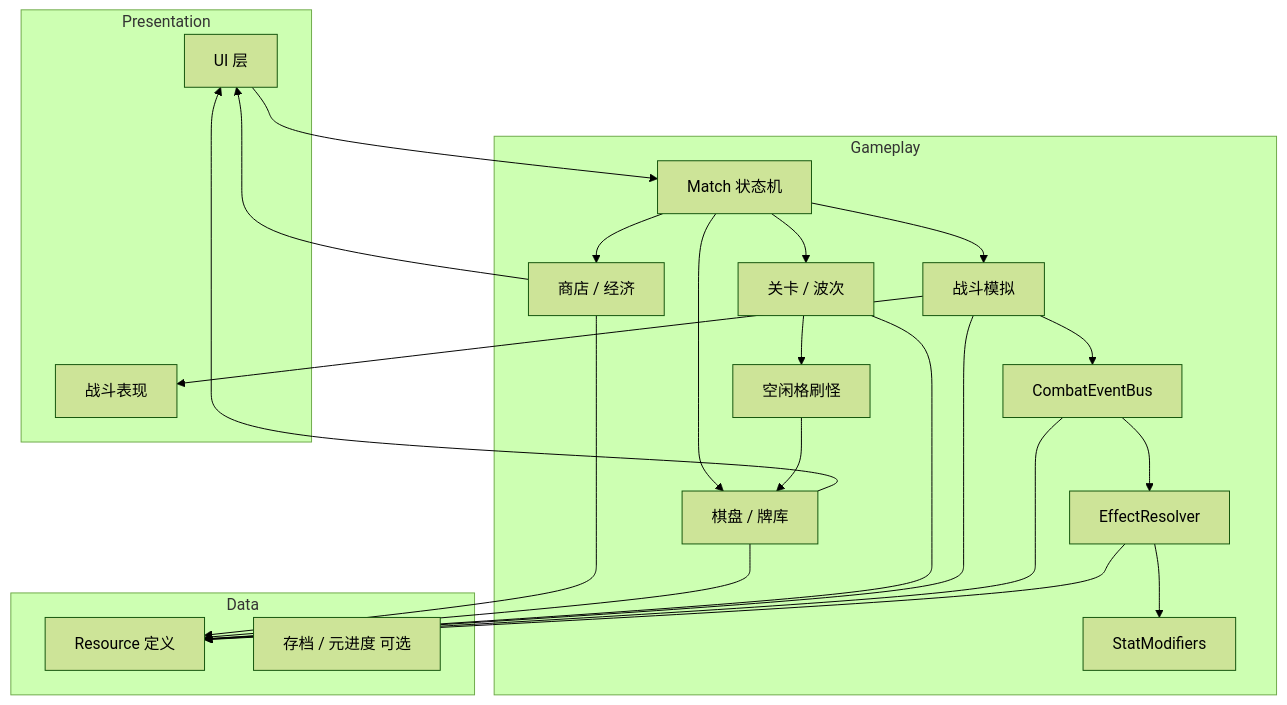
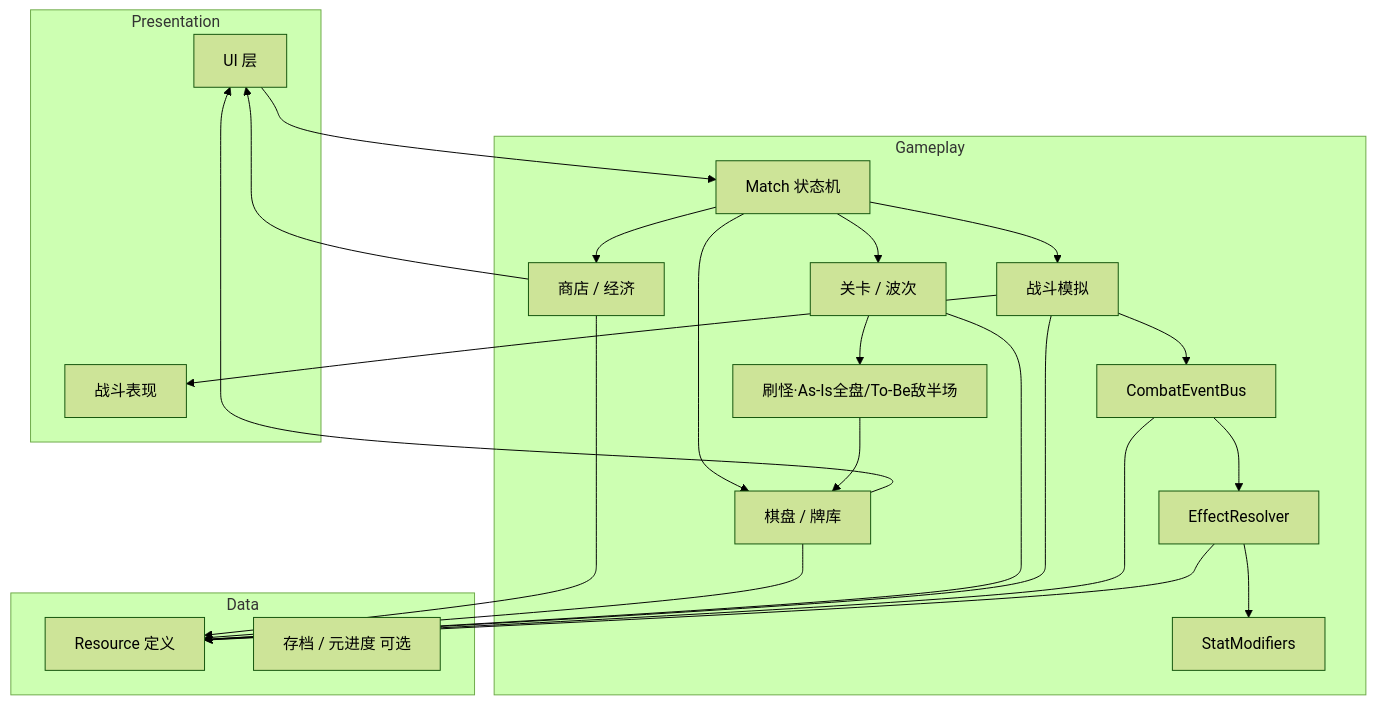
Before and after one commit to Kanerickyz/Godot-Project---Clash-royale-like-Game: the first of 3 diagrams in Documents/ARCHITECTURE.md, drawn with Mermaid (forest theme). The commit also changed other lines of this file and 7 other files, not shown here.

````diff
--- a/Documents/ARCHITECTURE.md
+++ b/Documents/ARCHITECTURE.md
@@ -28,44 +28,44 @@
 ```mermaid
 flowchart TB
     subgraph Presentation
         UI[UI 层]
         VFX[战斗表现]
     end
 
     subgraph Gameplay
         SM[Match 状态机]
         LEVEL[关卡 / 波次]
-        SPAWN[空闲格刷怪]
+        SPAWN[刷怪·As-Is全盘/To-Be敌半场]
         SHOP[商店 / 经济]
         BOARD[棋盘 / 牌库]
         COMBAT[战斗模拟]
         CEB[CombatEventBus]
         ER[EffectResolver]
         MOD[StatModifiers]
     end
 
     subgraph Data
         RES[Resource 定义]
         SAVE[存档 / 元进度 可选]
     end
 
     UI --> SM
     SM --> LEVEL
     SM --> SHOP
     SM --> BOARD
     SM --> COMBAT
     LEVEL --> SPAWN
     SPAWN --> BOARD
     SHOP --> RES
     BOARD --> RES
     LEVEL --> RES
     COMBAT --> CEB
     CEB --> ER
     ER --> MOD
     COMBAT --> RES
     CEB --> RES
     ER --> RES
     COMBAT --> VFX
     BOARD --> UI
     SHOP --> UI
 ```
````
